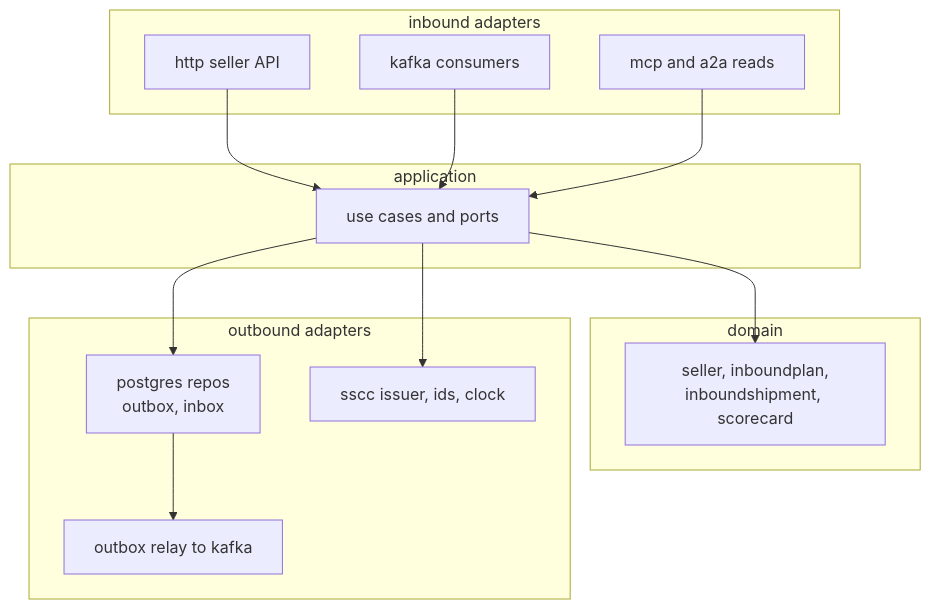
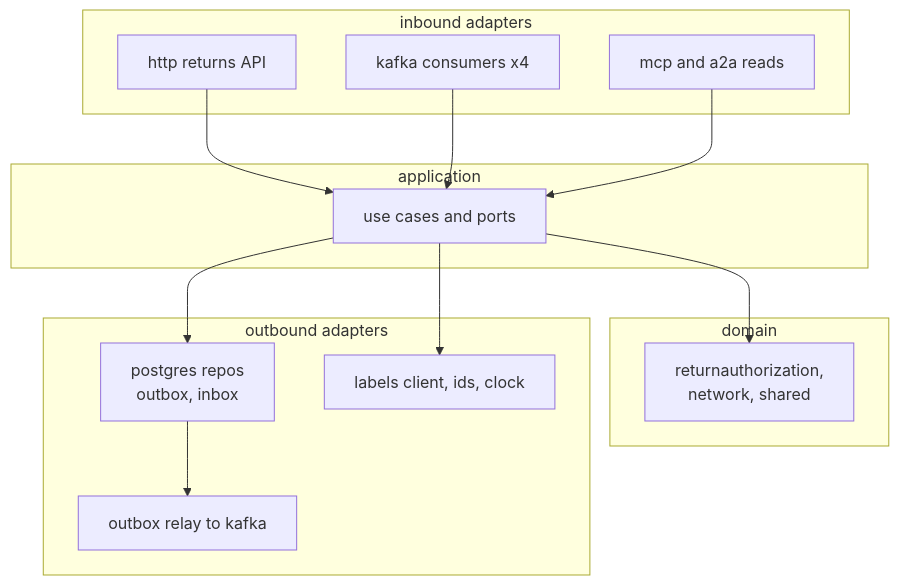
The third of 3 diagrams in docs/docs/ddd/class-diagram.md (IQVO/customer-returns), drawn with Mermaid before and after one commit. The commit also changed other lines of this file and 13 other files, not shown here.

````diff
--- a/docs/docs/ddd/class-diagram.md
+++ b/docs/docs/ddd/class-diagram.md
@@ -118,26 +164,26 @@
 ```mermaid
 flowchart TB
     subgraph IN["inbound adapters"]
-        HTTP["http seller API"]
-        CONS["kafka consumers"]
+        HTTP["http returns API"]
+        CONS["kafka consumers x4"]
         MCP["mcp and a2a reads"]
     end
     subgraph APP["application"]
         UC["use cases and ports"]
     end
     subgraph DOM["domain"]
-        AGG["seller, inboundplan,<br/>inboundshipment, scorecard"]
+        AGG["returnauthorization,<br/>network, shared"]
     end
     subgraph OUT["outbound adapters"]
         PG["postgres repos<br/>outbox, inbox"]
         RELAY["outbox relay to kafka"]
-        SS["sscc issuer, ids, clock"]
+        LB["labels client, ids, clock"]
     end
     HTTP --> UC
     CONS --> UC
     MCP --> UC
     UC --> AGG
     UC --> PG
-    UC --> SS
+    UC --> LB
     PG --> RELAY
 ```
````
